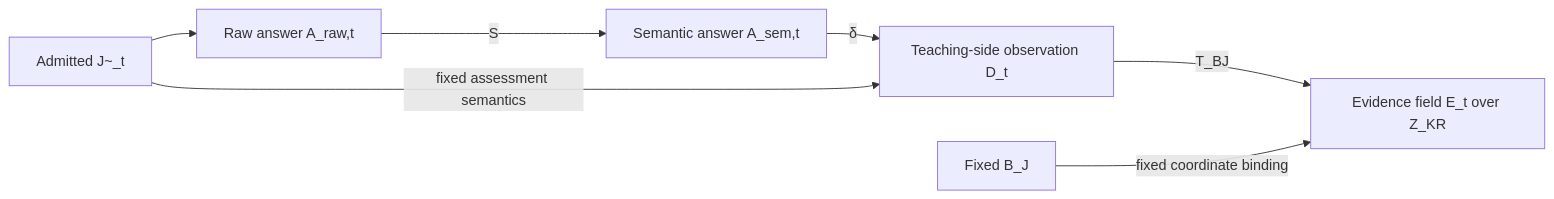
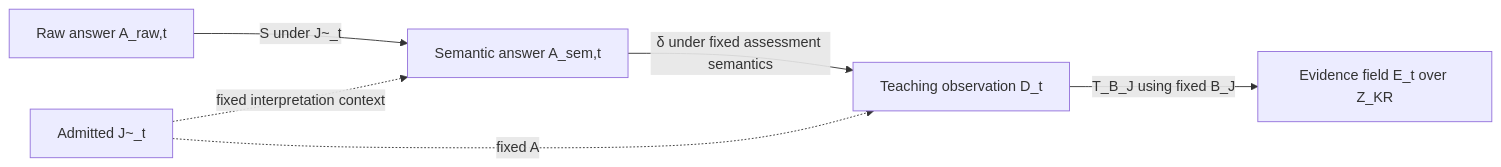
One commit to thatao72/three-twin-docs changed the fifth of 7 diagrams in content/architecture.md. Above: the diagram before and after it, drawn with Mermaid. The commit also changed other lines of this file, not shown here.

Commit message:
Clarify object-map notation and assessment flow

````diff
--- a/content/architecture.md
+++ b/content/architecture.md
@@ -294,16 +323,14 @@
 ```mermaid
 flowchart LR
     JT["Admitted J~_t"]
     AR["Raw answer A_raw,t"]
     AS["Semantic answer A_sem,t"]
-    D["Teaching-side observation D_t"]
-    BJ["Fixed B_J"]
+    D["Teaching observation D_t"]
     E["Evidence field E_t over Z_KR"]
 
-    JT --> AR
-    AR -->|"S"| AS
-    AS -->|"δ"| D
-    JT -->|"fixed assessment semantics"| D
-    D -->|"T_BJ"| E
-    BJ -->|"fixed coordinate binding"| E
+    AR -->|"S under J~_t"| AS
+    JT -.->|"fixed interpretation context"| AS
+    AS -->|"δ under fixed assessment semantics"| D
+    JT -.->|"fixed A"| D
+    D -->|"T_B_J using fixed B_J"| E
 ```
````
